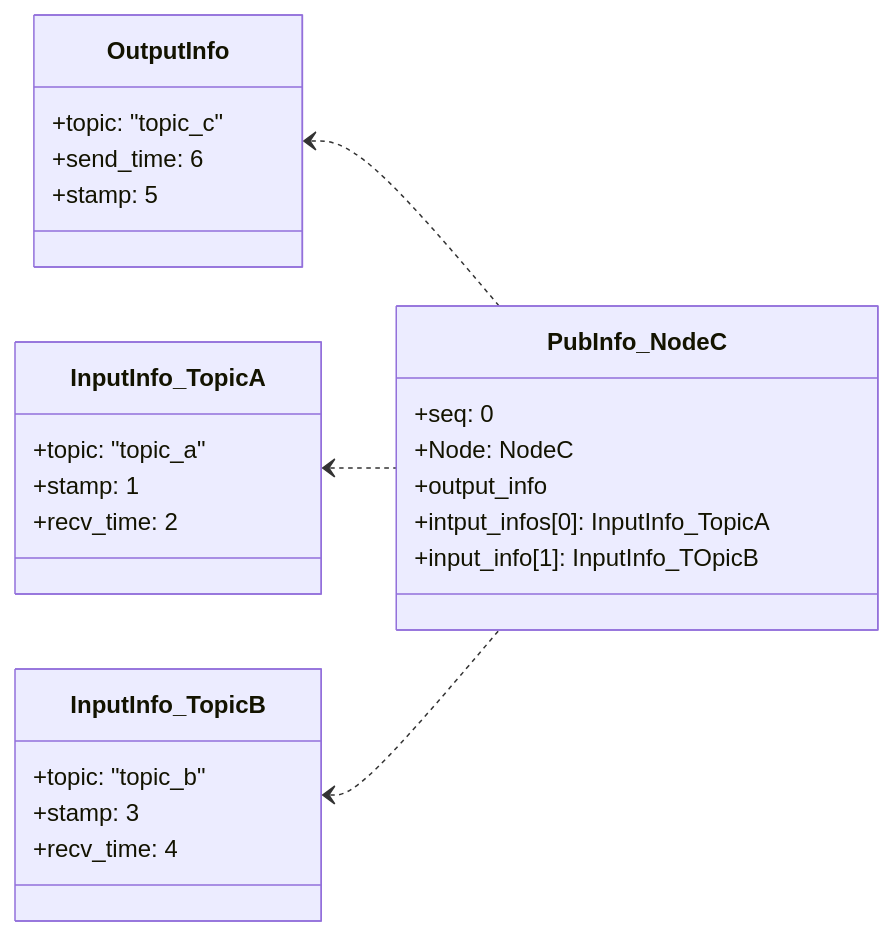
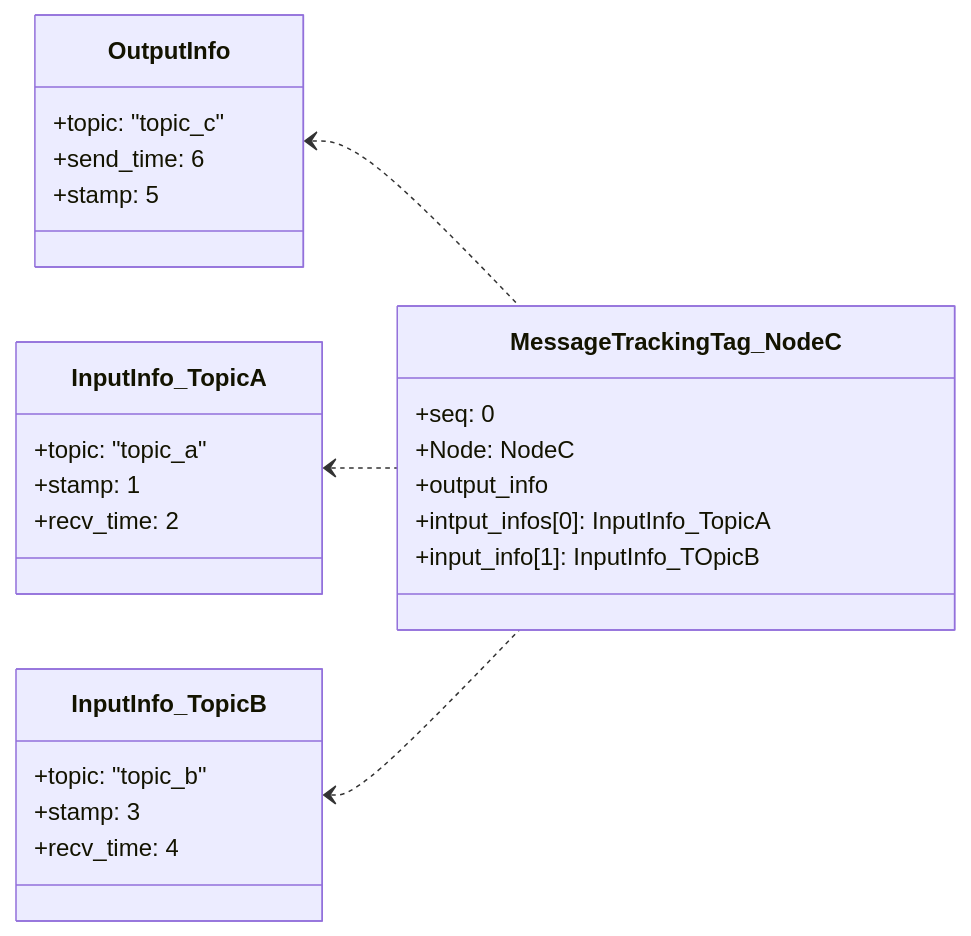
The third of 7 diagrams in doc/mechanism.md (tier4/TILDE), drawn with Mermaid before and after one commit. The commit also changed other lines of this file and 39 other files, not shown here.

````diff
--- a/doc/mechanism.md
+++ b/doc/mechanism.md
@@ -116,29 +116,29 @@
 ```mermaid
 classDiagram
   direction LR
-  OutputInfo <.. PubInfo_NodeC
-  InputInfo_TopicA <.. PubInfo_NodeC
-  InputInfo_TopicB <.. PubInfo_NodeC
-  class PubInfo_NodeC {
+  OutputInfo <.. MessageTrackingTag_NodeC
+  InputInfo_TopicA <.. MessageTrackingTag_NodeC
+  InputInfo_TopicB <.. MessageTrackingTag_NodeC
+  class MessageTrackingTag_NodeC {
     +seq: 0
     +Node: NodeC
     +output_info
     +intput_infos[0]: InputInfo_TopicA
     +input_info[1]: InputInfo_TOpicB
   }
   class OutputInfo {
     +topic: "topic_c"
     +send_time: 6
     +stamp: 5
   }
   class InputInfo_TopicA {
     +topic: "topic_a"
     +stamp: 1
     +recv_time: 2
   }
   class InputInfo_TopicB {
     +topic: "topic_b"
     +stamp: 3
     +recv_time: 4
   }
 ```
````
